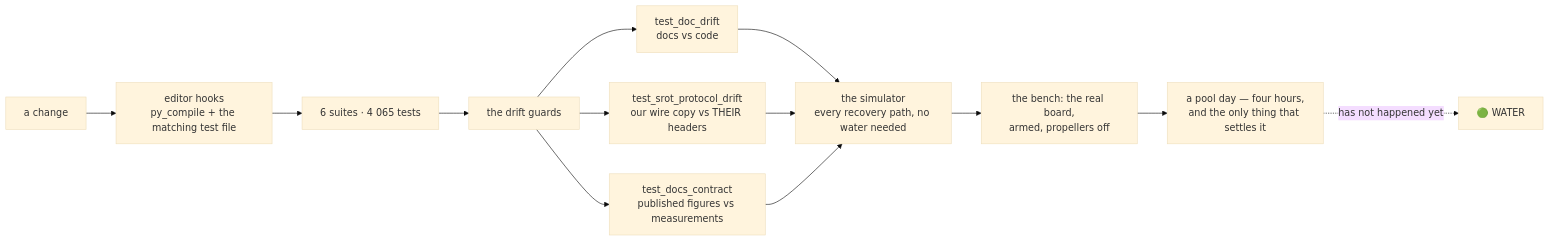
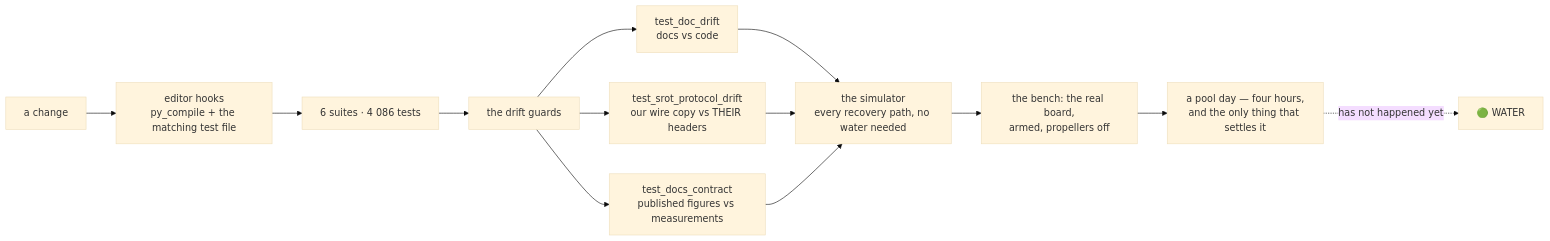
One commit to fh1m/mongla_ws changed the ninth of 10 diagrams in README.md. Above: the diagram before and after it, drawn with Mermaid (base theme). The commit also changed other lines of this file and 16 other files, not shown here.

````diff
--- a/README.md
+++ b/README.md
@@ -752,15 +752,15 @@
 ```mermaid
 flowchart LR
     DEV["a change"] --> HOOK["editor hooks<br/>py_compile + the matching test file"]
-    HOOK --> UNIT["6 suites · 4 065 tests"]
+    HOOK --> UNIT["6 suites · 4 086 tests"]
     UNIT --> GUARD["the drift guards"]
     GUARD --> G1["test_doc_drift<br/>docs vs code"]
     GUARD --> G2["test_srot_protocol_drift<br/>our wire copy vs THEIR headers"]
     GUARD --> G3["test_docs_contract<br/>published figures vs measurements"]
     G1 --> SIM["the simulator<br/>every recovery path, no water needed"]
     G2 --> SIM
     G3 --> SIM
     SIM --> BENCH["the bench: the real board,<br/>armed, propellers off"]
     BENCH --> POOL["a pool day — four hours,<br/>and the only thing that settles it"]
     POOL -.->|"has not happened yet"| WATER["🟢 WATER"]
 ```
````
